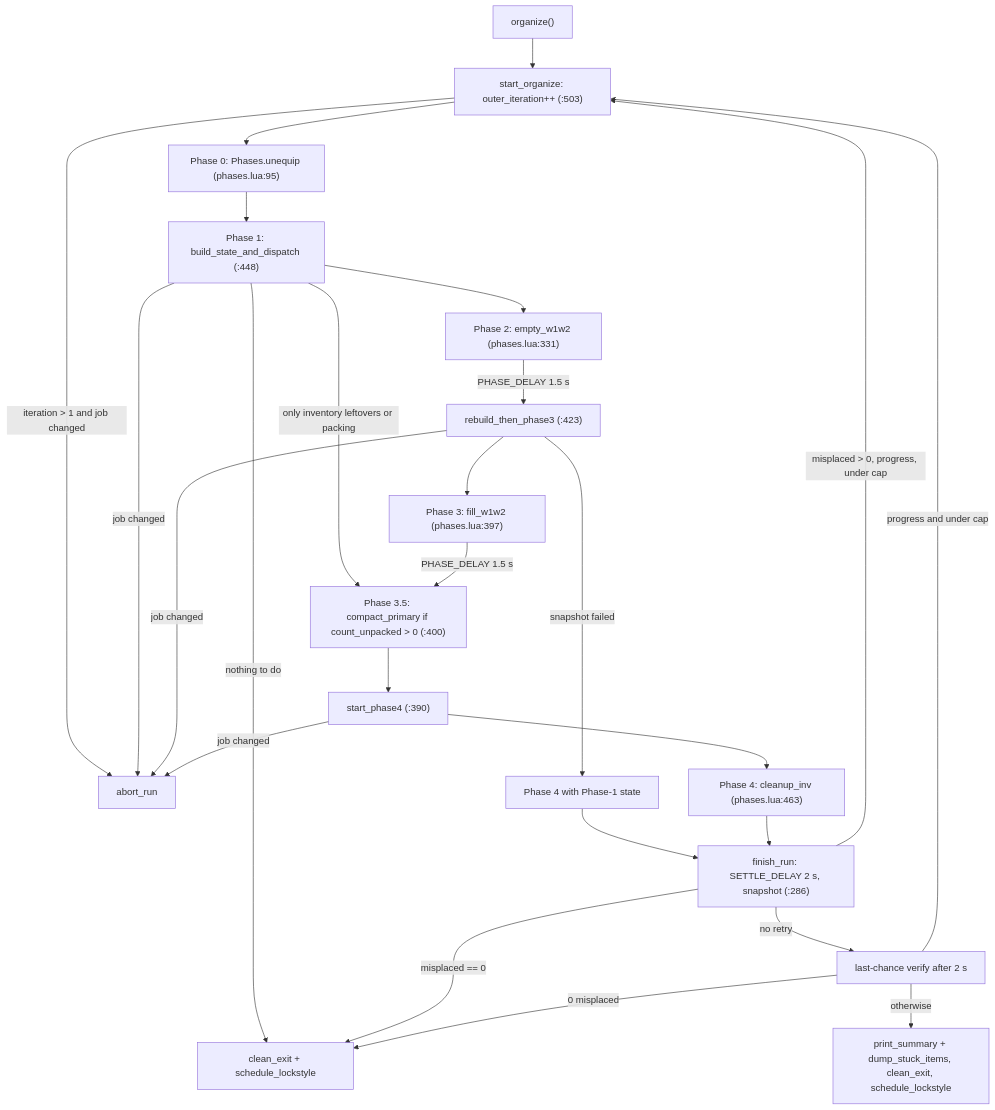
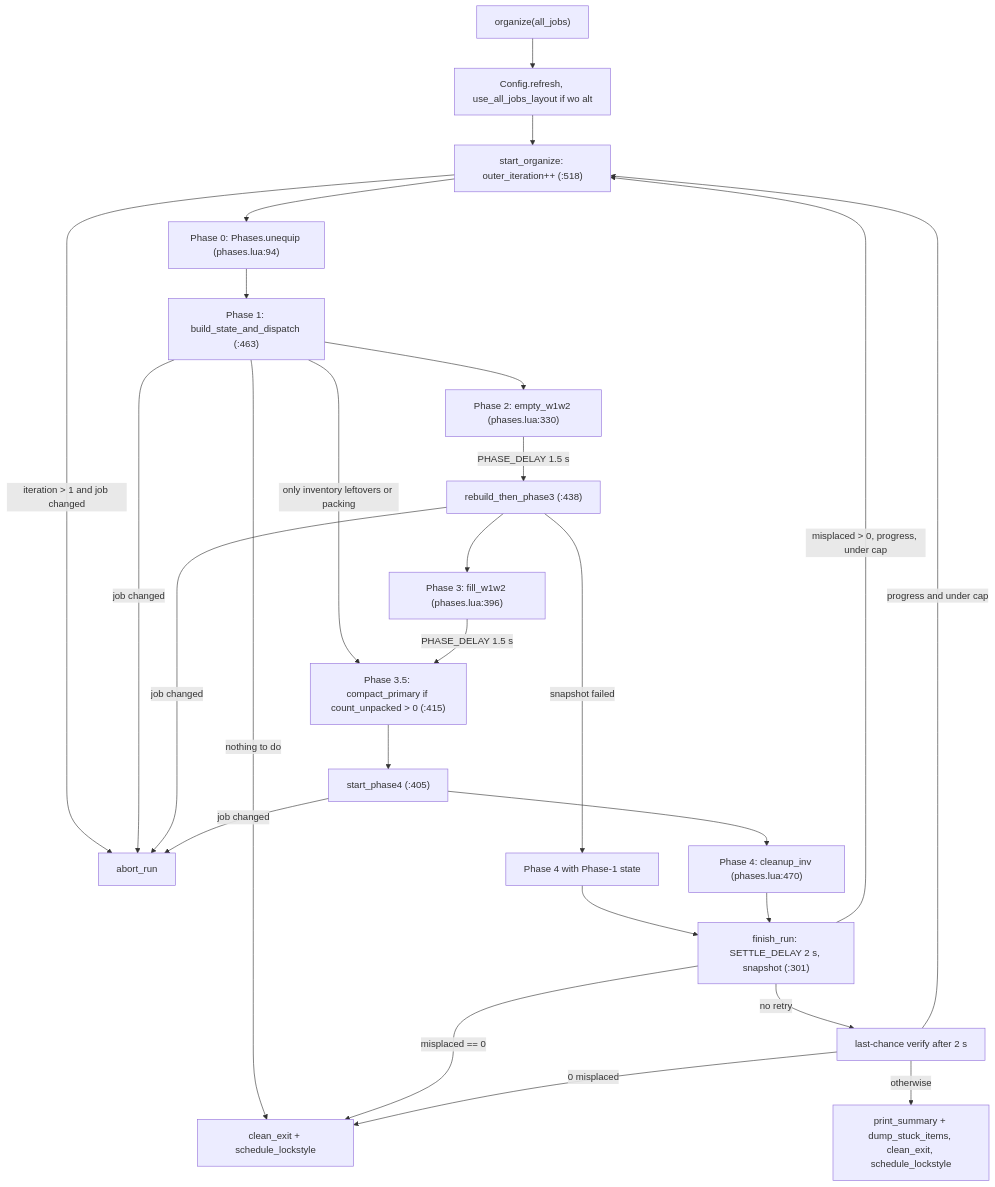
The first of 2 diagrams in docs/dev/systems/wardrobe-organizer.md (ejouanchicot/Gearswap), drawn with Mermaid before and after one commit. The commit also changed other lines of this file and 17 other files, not shown here.

````diff
--- a/docs/dev/systems/wardrobe-organizer.md
+++ b/docs/dev/systems/wardrobe-organizer.md
@@ -60,27 +65,28 @@
 ```mermaid
 flowchart TD
-    A["organize()"] --> B["start_organize: outer_iteration++ (:503)"]
+    A["organize(all_jobs)"] --> RF["Config.refresh, use_all_jobs_layout if wo alt"]
+    RF --> B["start_organize: outer_iteration++ (:518)"]
     B -->|"iteration > 1 and job changed"| X["abort_run"]
-    B --> P0["Phase 0: Phases.unequip (phases.lua:95)"]
-    P0 --> P1["Phase 1: build_state_and_dispatch (:448)"]
+    B --> P0["Phase 0: Phases.unequip (phases.lua:94)"]
+    P0 --> P1["Phase 1: build_state_and_dispatch (:463)"]
     P1 -->|"job changed"| X
     P1 -->|"nothing to do"| OK["clean_exit + schedule_lockstyle"]
     P1 -->|"only inventory leftovers or packing"| P35
-    P1 --> P2["Phase 2: empty_w1w2 (phases.lua:331)"]
-    P2 -->|"PHASE_DELAY 1.5 s"| R["rebuild_then_phase3 (:423)"]
+    P1 --> P2["Phase 2: empty_w1w2 (phases.lua:330)"]
+    P2 -->|"PHASE_DELAY 1.5 s"| R["rebuild_then_phase3 (:438)"]
     R -->|"job changed"| X
     R -->|"snapshot failed"| P4b["Phase 4 with Phase-1 state"]
-    R --> P3["Phase 3: fill_w1w2 (phases.lua:397)"]
-    P3 -->|"PHASE_DELAY 1.5 s"| P35["Phase 3.5: compact_primary if count_unpacked > 0 (:400)"]
-    P35 --> P4["start_phase4 (:390)"]
+    R --> P3["Phase 3: fill_w1w2 (phases.lua:396)"]
+    P3 -->|"PHASE_DELAY 1.5 s"| P35["Phase 3.5: compact_primary if count_unpacked > 0 (:415)"]
+    P35 --> P4["start_phase4 (:405)"]
     P4 -->|"job changed"| X
-    P4 --> C4["Phase 4: cleanup_inv (phases.lua:463)"]
+    P4 --> C4["Phase 4: cleanup_inv (phases.lua:470)"]
     P4b --> F
-    C4 --> F["finish_run: SETTLE_DELAY 2 s, snapshot (:286)"]
+    C4 --> F["finish_run: SETTLE_DELAY 2 s, snapshot (:301)"]
     F -->|"misplaced > 0, progress, under cap"| B
     F -->|"misplaced == 0"| OK
     F -->|"no retry"| V["last-chance verify after 2 s"]
     V -->|"0 misplaced"| OK
     V -->|"progress and under cap"| B
     V -->|"otherwise"| S["print_summary + dump_stuck_items, clean_exit, schedule_lockstyle"]
 ```
````
